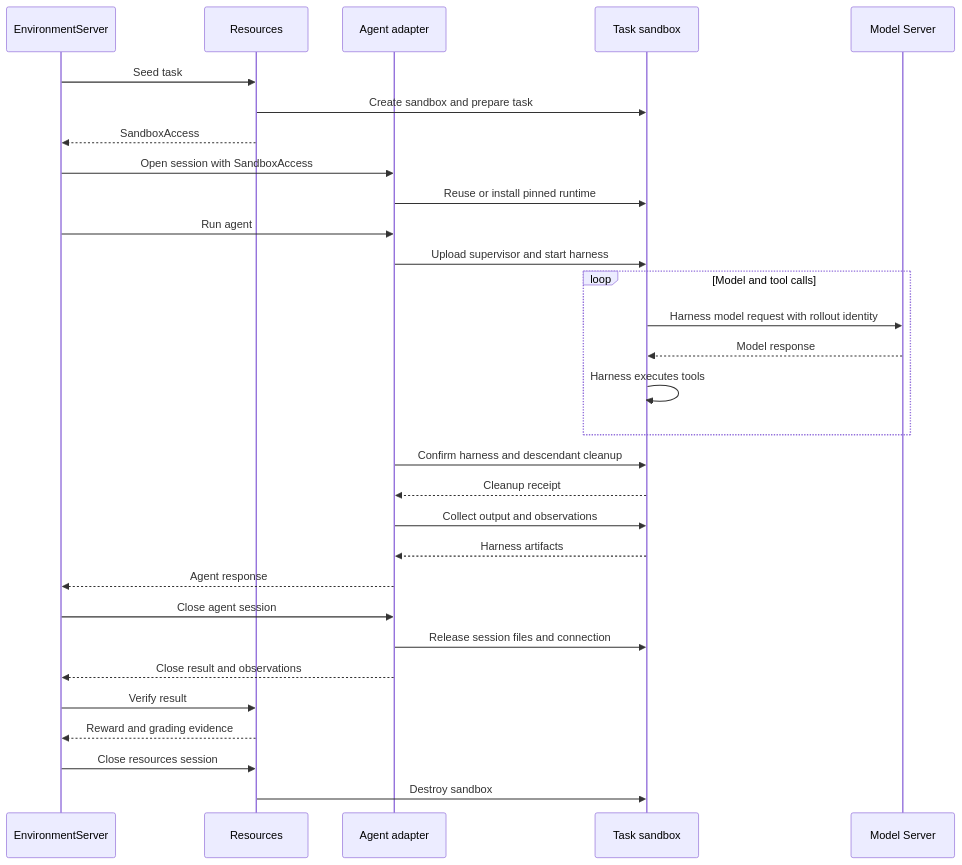
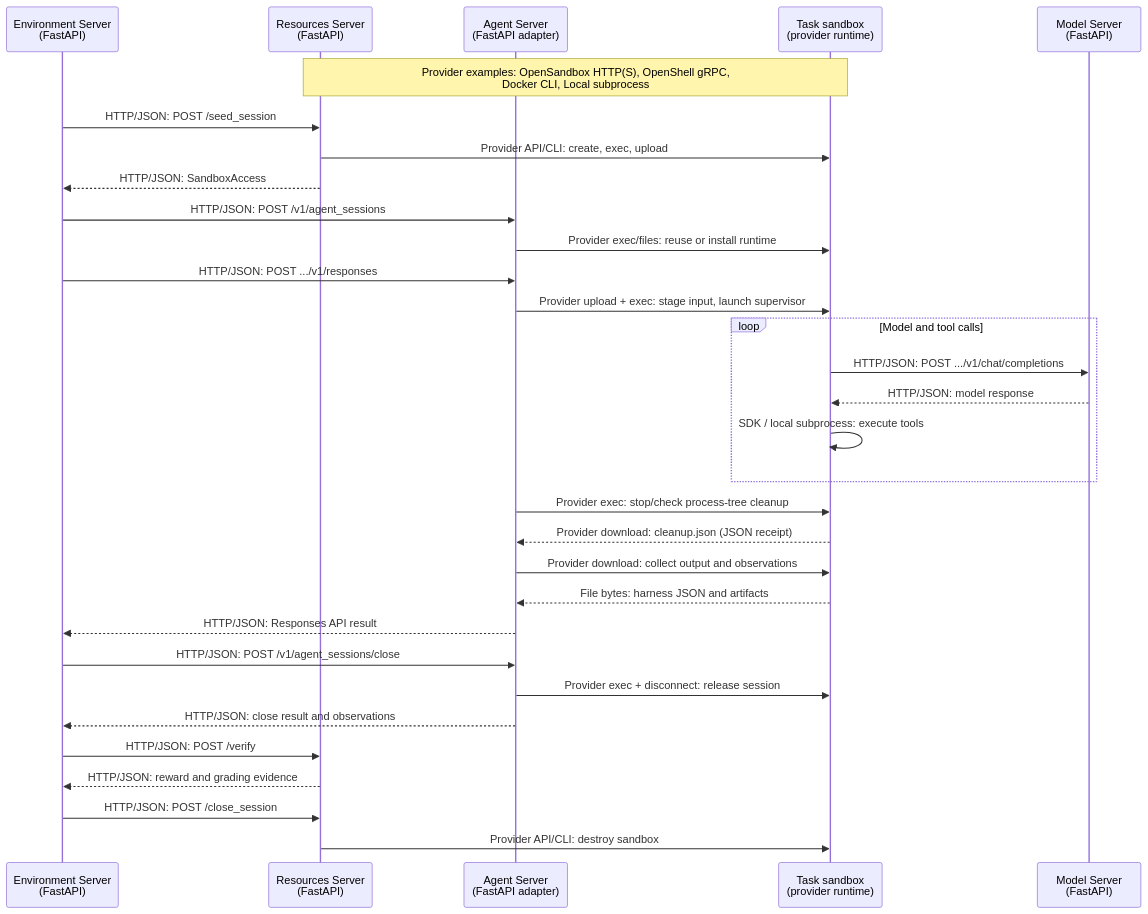
Before and after one commit to NVIDIA-NeMo/Gym: the first of 2 diagrams in fern/versions/latest/pages/agent-server/add-or-update-a-harness.mdx, drawn with Mermaid. The commit also changed other lines of this file, not shown here.

Commit message:
docs(agent): label harness protocols and sync ready implementations

````diff
--- a/fern/versions/latest/pages/agent-server/add-or-update-a-harness.mdx
+++ b/fern/versions/latest/pages/agent-server/add-or-update-a-harness.mdx
@@ -23,33 +23,34 @@
 ```mermaid
 sequenceDiagram
-    participant E as EnvironmentServer
-    participant R as Resources
-    participant A as Agent adapter
-    participant S as Task sandbox
-    participant M as Model Server
+    participant E as Environment Server<br/>(FastAPI)
+    participant R as Resources Server<br/>(FastAPI)
+    participant A as Agent Server<br/>(FastAPI adapter)
+    participant S as Task sandbox<br/>(provider runtime)
+    participant M as Model Server<br/>(FastAPI)
 
-    E->>R: Seed task
-    R->>S: Create sandbox and prepare task
-    R-->>E: SandboxAccess
-    E->>A: Open session with SandboxAccess
-    A->>S: Reuse or install pinned runtime
-    E->>A: Run agent
-    A->>S: Upload supervisor and start harness
+    Note over R,S: Provider examples: OpenSandbox HTTP(S), OpenShell gRPC,<br/>Docker CLI, Local subprocess
+    E->>R: HTTP/JSON: POST /seed_session
+    R->>S: Provider API/CLI: create, exec, upload
+    R-->>E: HTTP/JSON: SandboxAccess
+    E->>A: HTTP/JSON: POST /v1/agent_sessions
+    A->>S: Provider exec/files: reuse or install runtime
+    E->>A: HTTP/JSON: POST .../v1/responses
+    A->>S: Provider upload + exec: stage input, launch supervisor
     loop Model and tool calls
-        S->>M: Harness model request with rollout identity
-        M-->>S: Model response
-        S->>S: Harness executes tools
+        S->>M: HTTP/JSON: POST .../v1/chat/completions
+        M-->>S: HTTP/JSON: model response
+        S->>S: SDK / local subprocess: execute tools
     end
-    A->>S: Confirm harness and descendant cleanup
-    S-->>A: Cleanup receipt
-    A->>S: Collect output and observations
-    S-->>A: Harness artifacts
-    A-->>E: Agent response
-    E->>A: Close agent session
-    A->>S: Release session files and connection
-    A-->>E: Close result and observations
-    E->>R: Verify result
-    R-->>E: Reward and grading evidence
-    E->>R: Close resources session
-    R->>S: Destroy sandbox
+    A->>S: Provider exec: stop/check process-tree cleanup
+    S-->>A: Provider download: cleanup.json (JSON receipt)
+    A->>S: Provider download: collect output and observations
+    S-->>A: File bytes: harness JSON and artifacts
+    A-->>E: HTTP/JSON: Responses API result
+    E->>A: HTTP/JSON: POST /v1/agent_sessions/close
+    A->>S: Provider exec + disconnect: release session
+    A-->>E: HTTP/JSON: close result and observations
+    E->>R: HTTP/JSON: POST /verify
+    R-->>E: HTTP/JSON: reward and grading evidence
+    E->>R: HTTP/JSON: POST /close_session
+    R->>S: Provider API/CLI: destroy sandbox
 ```
````
